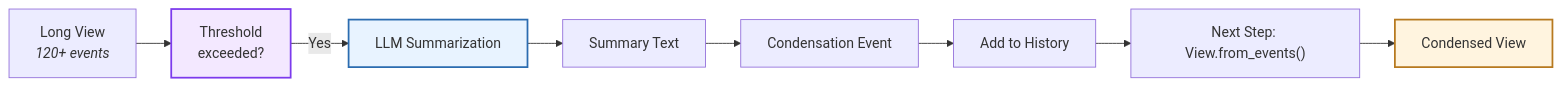
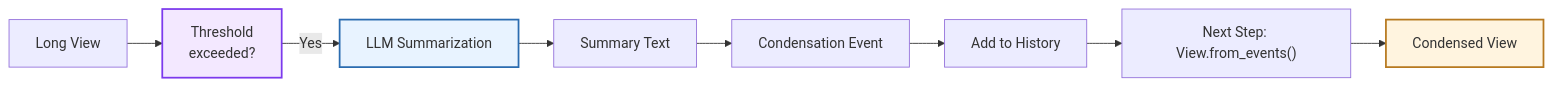
Before and after one commit to OpenHands/docs: the third of 12 diagrams in sdk/arch/condenser.mdx, drawn with Mermaid. The commit also changed other lines of this file and 2 other files, not shown here.

````diff
--- a/sdk/arch/condenser.mdx
+++ b/sdk/arch/condenser.mdx
@@ -100,24 +100,24 @@
 ```mermaid
 %%{init: {"theme": "default", "flowchart": {"nodeSpacing": 30, "rankSpacing": 40}} }%%
 flowchart LR
-    View["Long View<br><i>120+ events</i>"]
+    View["Long View"]
     Check["Threshold<br>exceeded?"]
     Summarize["LLM Summarization"]
     Summary["Summary Text"]
     Metadata["Condensation Event"]
     AddToHistory["Add to History"]
     NextStep["Next Step: View.from_events()"]
     NewView["Condensed View"]
     
     View --> Check
     Check -->|Yes| Summarize
     Summarize --> Summary
     Summary --> Metadata
     Metadata --> AddToHistory
     AddToHistory --> NextStep
     NextStep --> NewView
     
     style Check fill:#f3e8ff,stroke:#7c3aed,stroke-width:2px
     style Summarize fill:#e8f3ff,stroke:#2b6cb0,stroke-width:2px
     style NewView fill:#fff4df,stroke:#b7791f,stroke-width:2px
 ```
````
